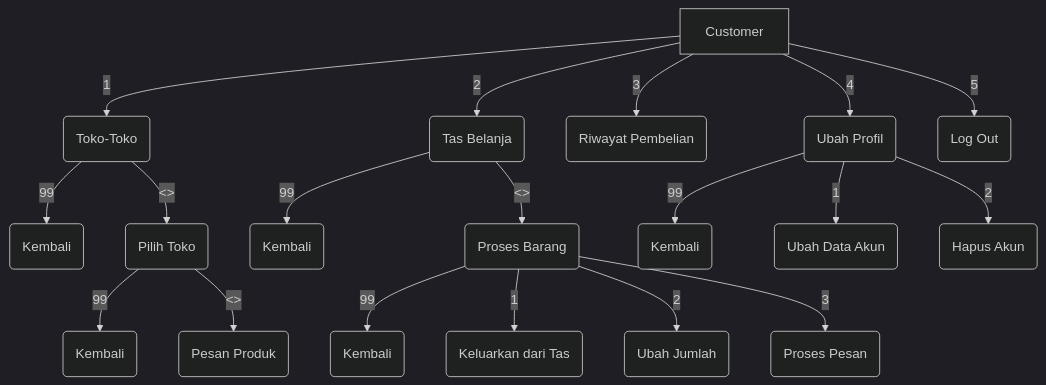
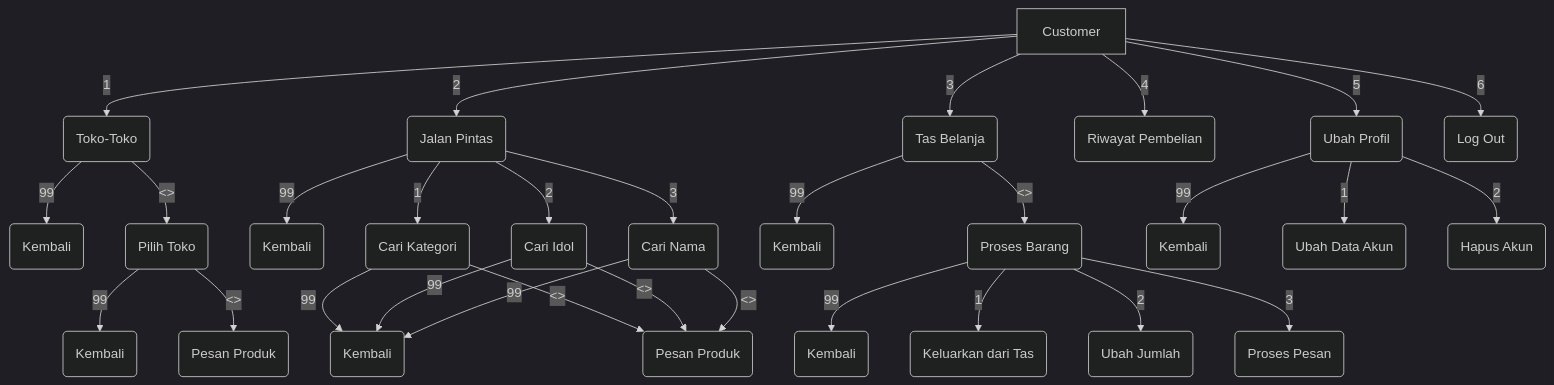
The first of 3 diagrams in README.md (Viabelous/ProjekAkhirPBO), drawn with Mermaid (dark theme) before and after one commit. The commit also changed other lines of this file, not shown here.

Commit message:
Update README Search

````diff
--- a/README.md
+++ b/README.md
@@ -28,25 +29,37 @@
 ```mermaid
 graph 
 
 A[Customer] -- 1 --> B(Toko-Toko)
 B --99 --> BA(Kembali)
 B -- <> --> BB(Pilih Toko)
 	BB -- 99 --> BBA(Kembali)
 	BB -- <> --> BBB(Pesan Produk)
 
-A -- 2 --> C(Tas Belanja)
+A -- 2 --> G(Jalan Pintas)
+G --99 --> GA(Kembali)
+G -- 1 --> GB(Cari Kategori)
+G -- 2 --> GC(Cari Idol)
+G -- 3 --> GD(Cari Nama)
+	GB -- 99 --> GBack(Kembali)
+	GB -- <> --> GProc(Pesan Produk)
+	GC -- 99 --> GBack(Kembali)
+	GC -- <> --> GProc(Pesan Produk)
+	GD -- 99 --> GBack(Kembali)
+	GD -- <> --> GProc(Pesan Produk)
+
+A -- 3 --> C(Tas Belanja)
 C -- 99 --> CA(Kembali)
 C -- <> --> CC(Proses Barang)
 	CC -- 99 --> CCA(Kembali)
 	CC -- 1 --> CCB(Keluarkan dari Tas)
 	CC -- 2 --> CCC(Ubah Jumlah)
 	CC -- 3 --> CCD(Proses Pesan)
 
-A -- 3 --> D(Riwayat Pembelian)
-A -- 4 --> E(Ubah Profil)
+A -- 4 --> D(Riwayat Pembelian)
+A -- 5 --> E(Ubah Profil)
 E -- 99 --> EA(Kembali)
 E -- 1 --> EB(Ubah Data Akun)
 E -- 2 --> EC(Hapus Akun)
 
-A -- 5 --> F(Log Out)
+A -- 6 --> F(Log Out)
 ```
````
